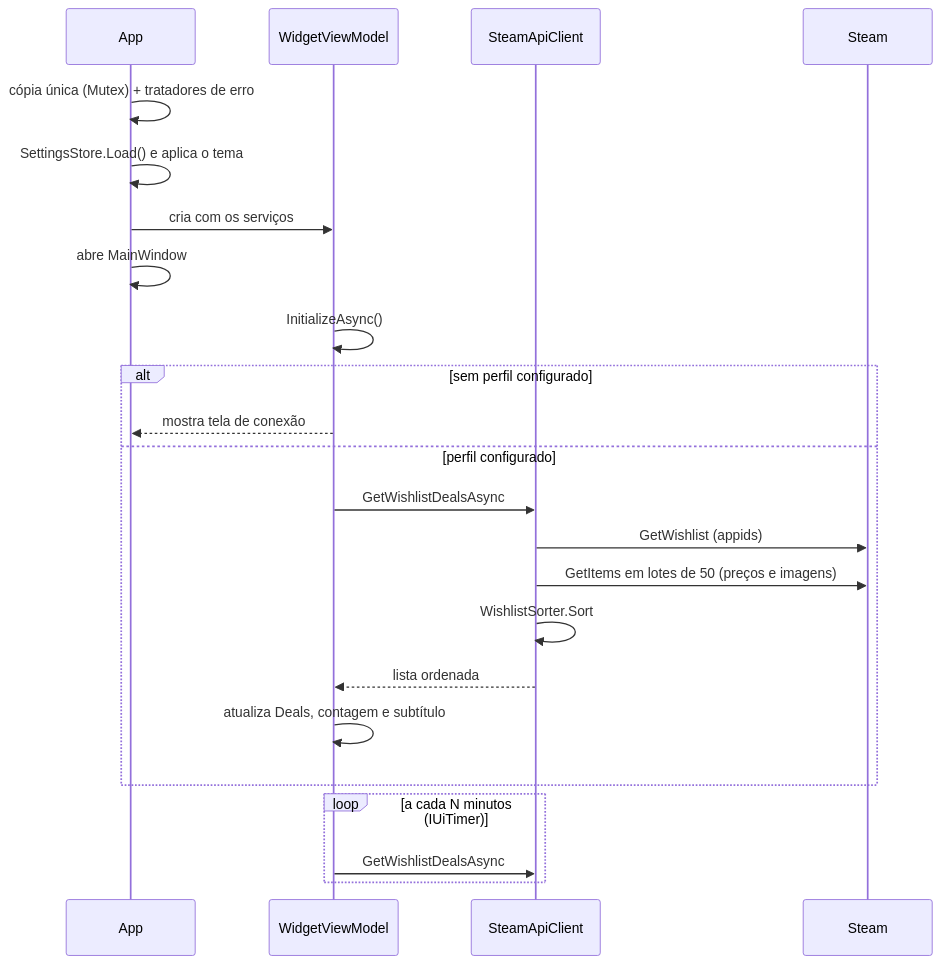
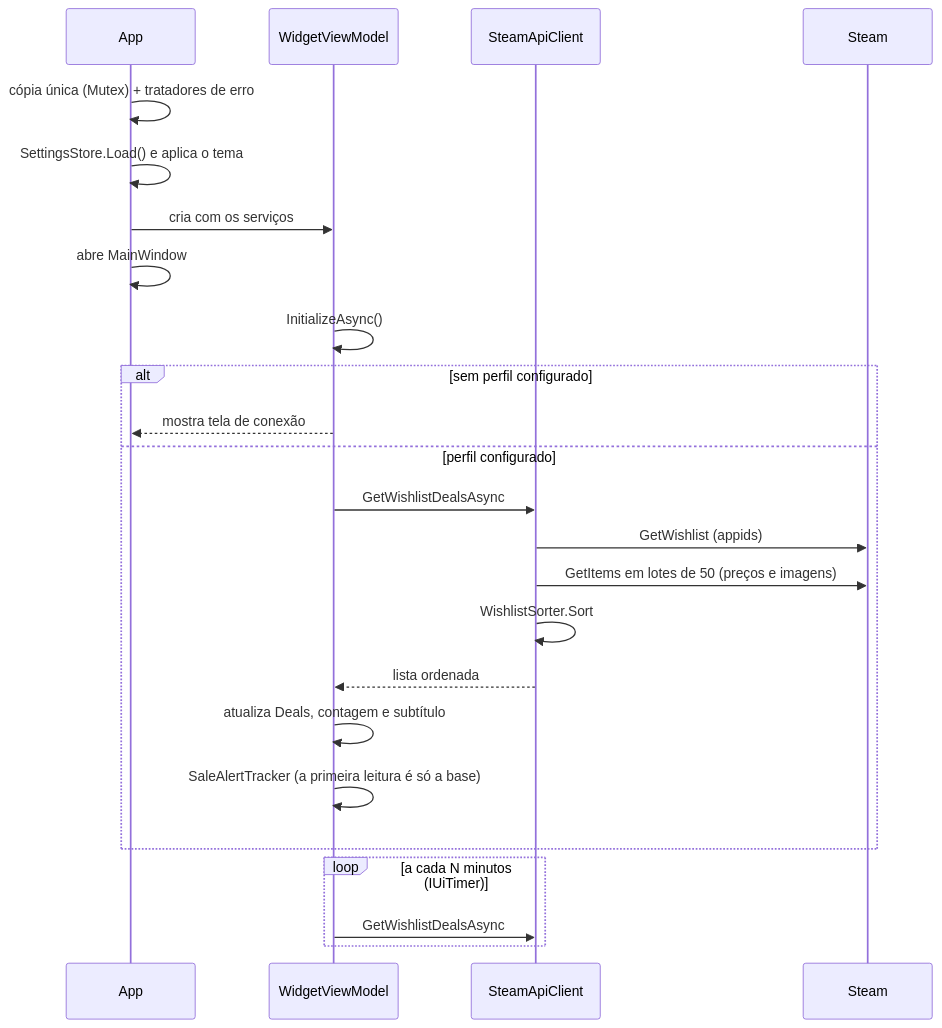
One commit to Azincourt-tech/Widget-Steam-Wishlist changed the second of 2 diagrams in docs/CONTRIBUTING.md. Above: the diagram before and after it, drawn with Mermaid. The commit also changed other lines of this file and 23 other files, not shown here.

````diff
--- a/docs/CONTRIBUTING.md
+++ b/docs/CONTRIBUTING.md
@@ -175,26 +177,27 @@
 ```mermaid
 sequenceDiagram
     participant App
     participant VM as WidgetViewModel
     participant API as SteamApiClient
     participant Steam
 
     App->>App: cópia única (Mutex) + tratadores de erro
     App->>App: SettingsStore.Load() e aplica o tema
     App->>VM: cria com os serviços
     App->>App: abre MainWindow
     VM->>VM: InitializeAsync()
     alt sem perfil configurado
         VM-->>App: mostra tela de conexão
     else perfil configurado
         VM->>API: GetWishlistDealsAsync
         API->>Steam: GetWishlist (appids)
         API->>Steam: GetItems em lotes de 50 (preços e imagens)
         API->>API: WishlistSorter.Sort
         API-->>VM: lista ordenada
         VM->>VM: atualiza Deals, contagem e subtítulo
+        VM->>VM: SaleAlertTracker (a primeira leitura é só a base)
     end
     loop a cada N minutos (IUiTimer)
         VM->>API: GetWishlistDealsAsync
     end
 ```
````
